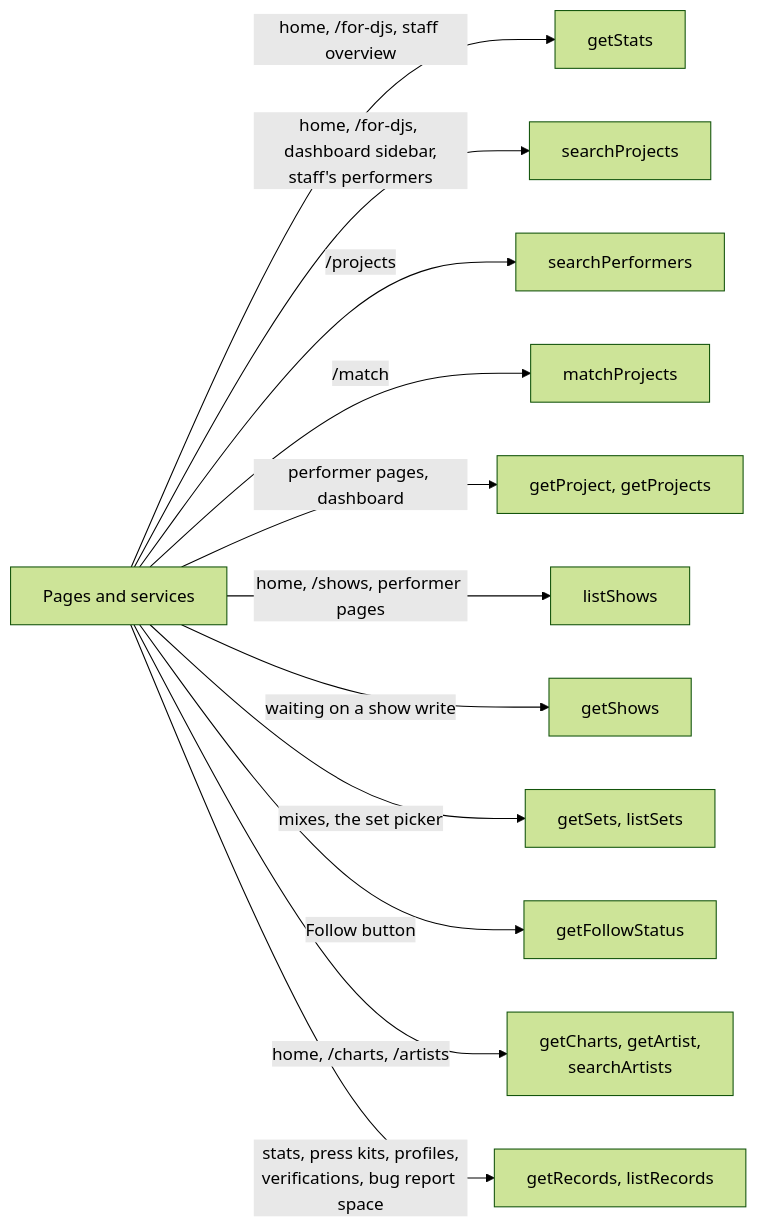
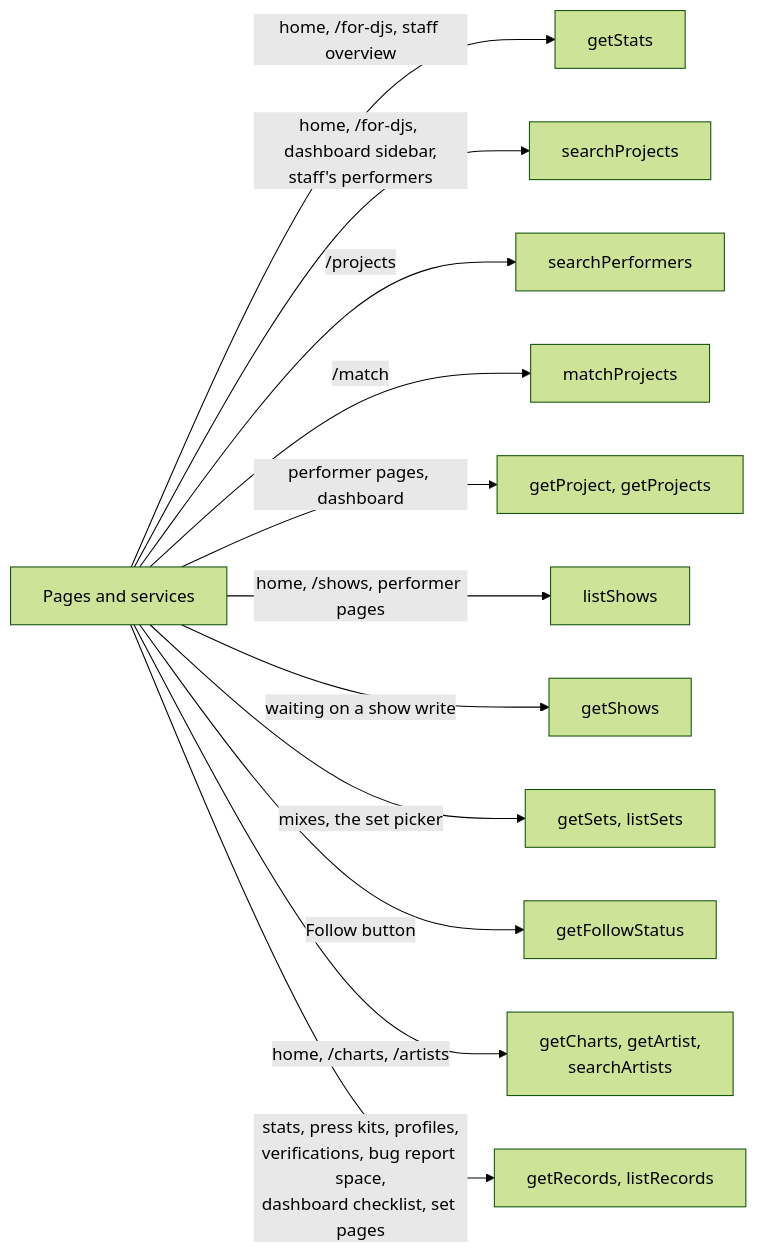
One commit to cutenode/localnetwork changed the seventh of 7 diagrams in apps/web/docs/diagrams/jobs-and-directory.md. Above: the diagram before and after it, drawn with Mermaid (forest theme). The commit also changed other lines of this file and 7 other files, not shown here.

First line of the commit message:
docs(web): bring the diagrams in line with main after the extraction PRs

````diff
--- a/apps/web/docs/diagrams/jobs-and-directory.md
+++ b/apps/web/docs/diagrams/jobs-and-directory.md
@@ -139,15 +139,15 @@
 ```mermaid
 flowchart LR
   Pages["Pages and services"]
   Pages -- "home, /for-djs, staff overview" --> Q1["getStats"]
   Pages -- "home, /for-djs, dashboard sidebar,<br/>staff's performers" --> Q10["searchProjects"]
   Pages -- "/projects" --> Q2["searchPerformers"]
   Pages -- "/match" --> Q3["matchProjects"]
   Pages -- "performer pages, dashboard" --> Q4["getProject, getProjects"]
   Pages -- "home, /shows, performer pages" --> Q5["listShows"]
   Pages -- "waiting on a show write" --> Q11["getShows"]
   Pages -- "mixes, the set picker" --> Q6["getSets, listSets"]
   Pages -- "Follow button" --> Q7["getFollowStatus"]
   Pages -- "home, /charts, /artists" --> Q8["getCharts, getArtist,<br/>searchArtists"]
-  Pages -- "stats, press kits, profiles,<br/>verifications, bug report space" --> Q9["getRecords, listRecords"]
+  Pages -- "stats, press kits, profiles,<br/>verifications, bug report space,<br/>dashboard checklist, set pages" --> Q9["getRecords, listRecords"]
 ```
````
